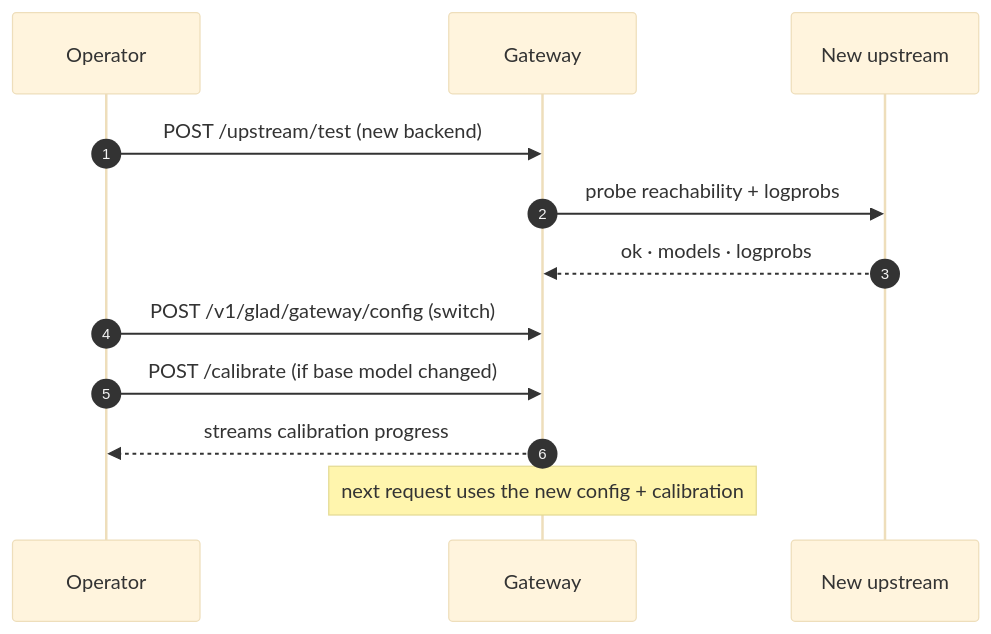
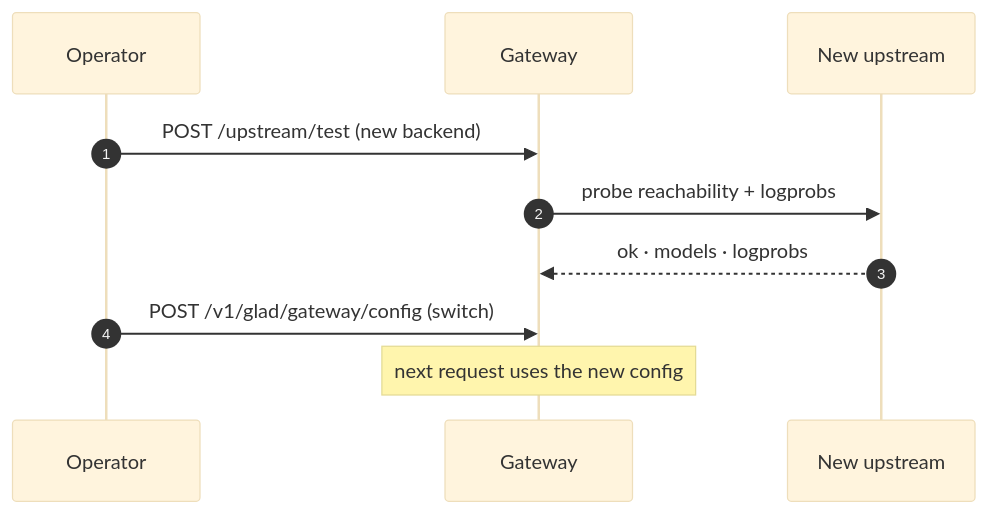
One commit to geodesia-ai/geodesia-docs changed the seventh of 7 diagrams in docs/gateway/compatibility.md. Above: the diagram before and after it, drawn with Mermaid (base theme). The commit also changed other lines of this file and 6 other files, not shown here.

First line of the commit message:
docs: remove per-model closed-book calibration (SLEDGE is cross-model out of the box)

````diff
--- a/docs/gateway/compatibility.md
+++ b/docs/gateway/compatibility.md
@@ -612,14 +612,12 @@
 ```mermaid
 sequenceDiagram
     autonumber
     participant Op as Operator
     participant GW as Gateway
     participant New as New upstream
     Op->>GW: POST /upstream/test (new backend)
     GW->>New: probe reachability + logprobs
     New-->>GW: ok · models · logprobs
     Op->>GW: POST /v1/glad/gateway/config (switch)
-    Op->>GW: POST /calibrate  (if base model changed)
-    GW-->>Op: streams calibration progress
-    Note over GW: next request uses the new config + calibration
+    Note over GW: next request uses the new config
 ```
````
